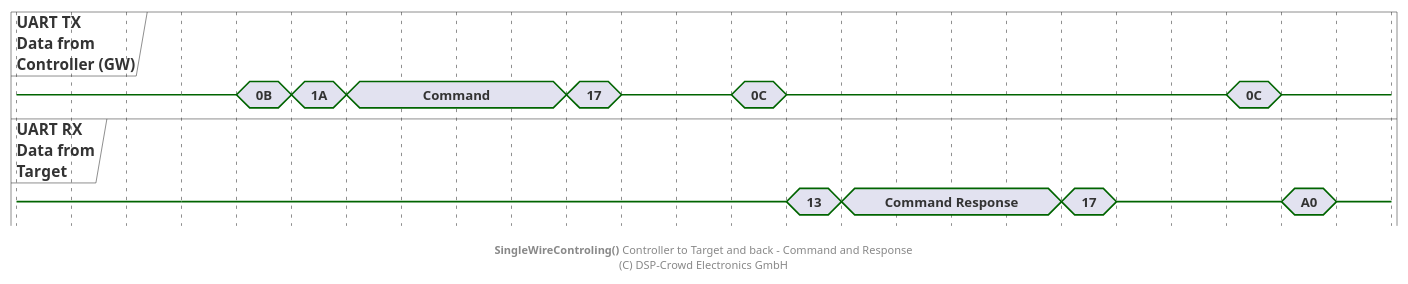
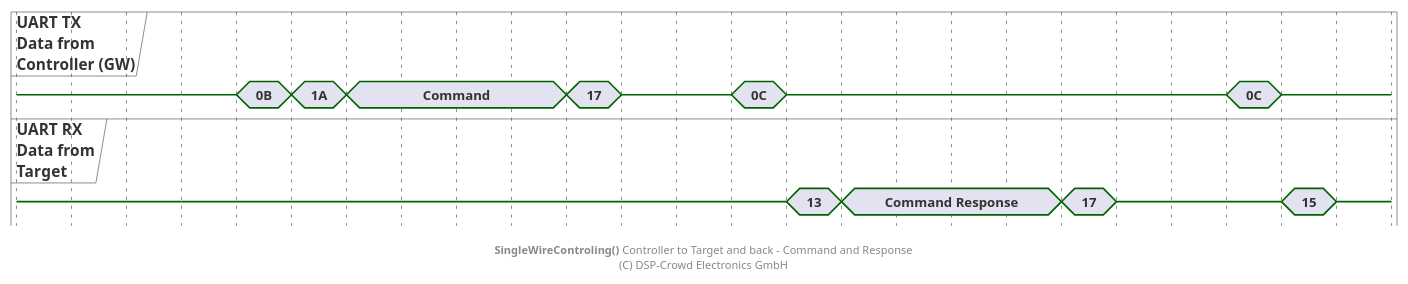
One commit to NoOrientationProgramming/code-orb changed the diagram in doc/system/protocol/B1_swt-ctrl-to-target_cmd_cmd-resp.pu. Above: the diagram before and after it, drawn with PlantUML. The commit also changed 1 other file, not shown here.

```diff
--- a/doc/system/protocol/B1_swt-ctrl-to-target_cmd_cmd-resp.pu
+++ b/doc/system/protocol/B1_swt-ctrl-to-target_cmd_cmd-resp.pu
@@ -2,59 +2,59 @@
 @startuml
 
 hide time-axis
 
 concise "UART TX\nData from\nController (GW)" as ctrl
 concise "UART RX\nData from\nTarget" as tar
 
 @0
 ctrl is {-}
 tar is {-}
 
 @+60
 ctrl is {-}
 tar is {-}
 
 @+20
 ctrl is "0B"
 
 @+20
 ctrl is "1A"
 
 @+20
 ctrl is "Command"
 
 @+80
 ctrl is "17"
 
 @+20
 ctrl is {-}
 
 @+40
 ctrl is "0C"
 
 @+20
 ctrl is {-}
 tar is "13"
 
 @+20
 tar is "Command Response"
 
 @+80
 tar is "17"
 
 @+20
 tar is {-}
 
 @+40
 ctrl is "0C"
 
 @+20
 ctrl is {-}
-tar is "A0"
+tar is "15"
 
 @+20
 tar is {-}
 
 footer **SingleWireControling()** Controller to Target and back - Command and Response\n(C) DSP-Crowd Electronics GmbH
 
 @enduml
```
